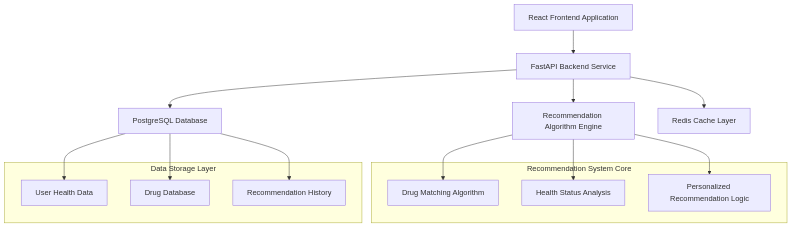
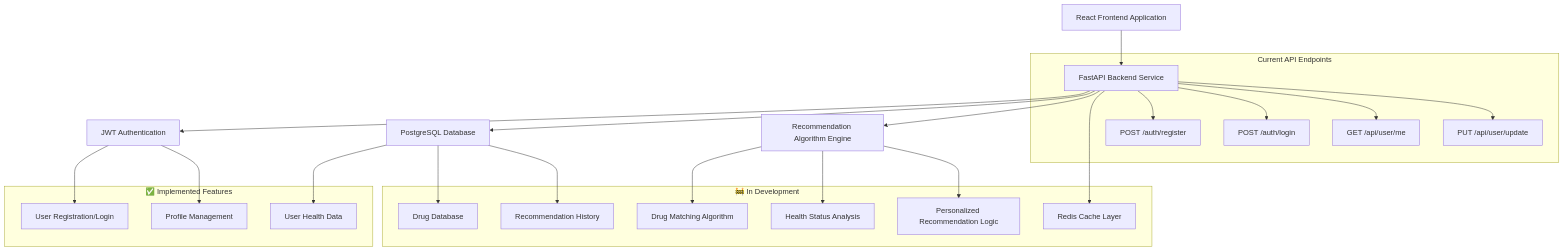
Before and after one commit to mato1321/Healixir: the diagram in README.md, drawn with Mermaid. The commit also changed other lines of this file, not shown here.

````diff
--- a/README.md
+++ b/README.md
@@ -67,27 +69,41 @@
 ```mermaid
 graph TD
     A[React Frontend Application] --> B[FastAPI Backend Service]
-    B --> C[Recommendation Algorithm Engine]
+    B --> C[JWT Authentication]
     B --> D[PostgreSQL Database]
-    B --> E[Redis Cache Layer]
+    B --> E[Recommendation Algorithm Engine]
+    B --> F[Redis Cache Layer]
     
-    C --> F[Drug Matching Algorithm]
-    C --> G[Health Status Analysis]
-    C --> H[Personalized Recommendation Logic]
+    C --> G[User Registration/Login]
+    C --> H[Profile Management]
     
     D --> I[User Health Data]
     D --> J[Drug Database]
     D --> K[Recommendation History]
     
-    subgraph "Recommendation System Core"
-        F
-        G  
+    E --> L[Drug Matching Algorithm]
+    E --> M[Health Status Analysis]
+    E --> N[Personalized Recommendation Logic]
+    
+    subgraph "✅ Implemented Features"
+        G
         H
+        I
     end
     
-    subgraph "Data Storage Layer"
-        I
+    subgraph "🚧 In Development"
+        L
+        M
+        N
         J
         K
+        F
+    end
+    
+    subgraph "Current API Endpoints"
+        B --> B1[POST /auth/register]
+        B --> B2[POST /auth/login]
+        B --> B3[GET /api/user/me]
+        B --> B4[PUT /api/user/update]
     end
 ```
````
